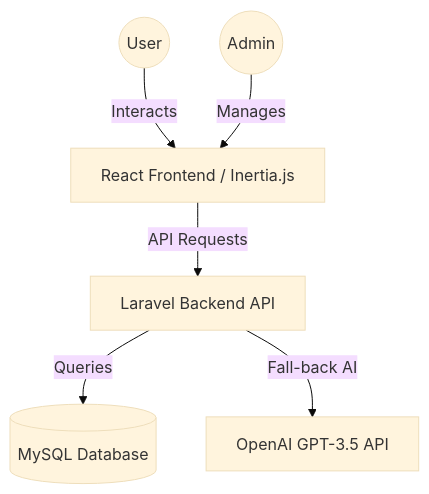
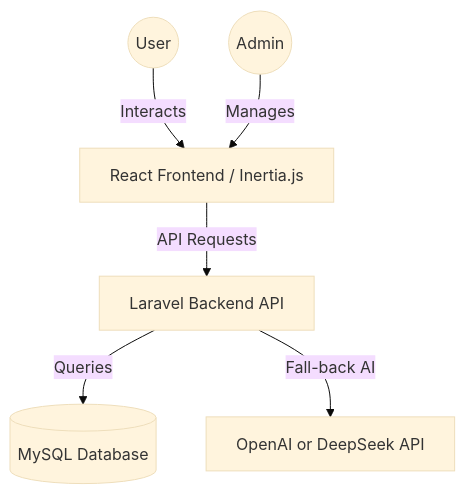
Before and after one commit to darlingtonhp/gsu-chatbot-assessment-: the diagram in docs/architecture-diagram.md, drawn with Mermaid (base theme). The commit also changed other lines of this file and 15 other files, not shown here.

Commit message:
feat: implement AI provider configuration with OpenAI and DeepSeek support, add admin dashboard and chat logs functionality

````diff
--- a/docs/architecture-diagram.md
+++ b/docs/architecture-diagram.md
@@ -11,15 +11,15 @@
 ```mermaid
 graph TD
     User((User))
     Admin((Admin))
     WebUI[React Frontend / Inertia.js]
     Backend[Laravel Backend API]
     DB[(MySQL Database)]
-    OpenAI[OpenAI GPT-3.5 API]
+    AIProvider[OpenAI or DeepSeek API]
 
     User -->|Interacts| WebUI
     Admin -->|Manages| WebUI
     WebUI -->|API Requests| Backend
     Backend -->|Queries| DB
-    Backend -->|Fall-back AI| OpenAI
+    Backend -->|Fall-back AI| AIProvider
 ```
````
